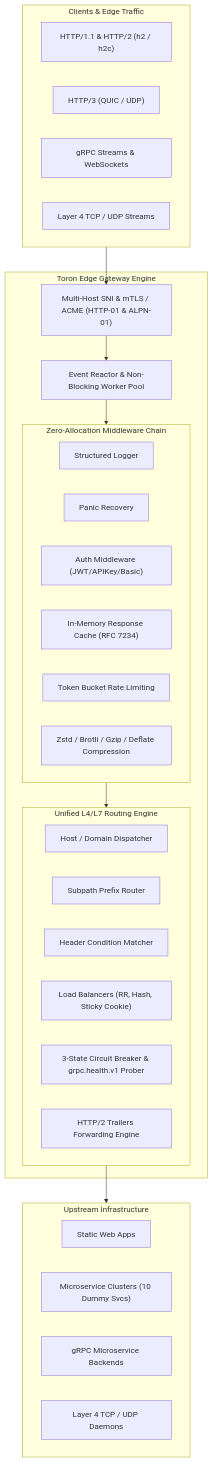
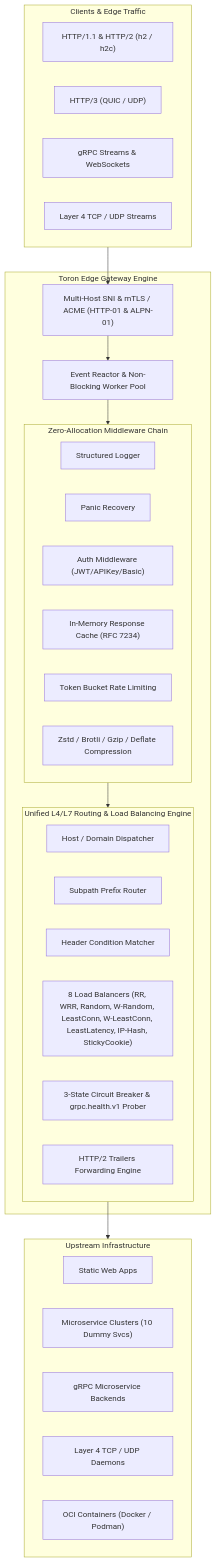
One commit to SayantanSaha/toron changed the diagram in PRODUCT_REVIEW.md. Above: the diagram before and after it, drawn with Mermaid. The commit also changed other lines of this file, not shown here.

````diff
--- a/PRODUCT_REVIEW.md
+++ b/PRODUCT_REVIEW.md
@@ -13,41 +13,42 @@
 ```mermaid
 flowchart TD
     subgraph Clients["Clients & Edge Traffic"]
         C1["HTTP/1.1 & HTTP/2 (h2 / h2c)"]
         C2["HTTP/3 (QUIC / UDP)"]
         C3["gRPC Streams & WebSockets"]
         C4["Layer 4 TCP / UDP Streams"]
     end
 
     subgraph Toron["Toron Edge Gateway Engine"]
         Reactor["Event Reactor & Non-Blocking Worker Pool"]
         TLS["Multi-Host SNI & mTLS / ACME (HTTP-01 & ALPN-01)"]
         
         subgraph Pipeline["Zero-Allocation Middleware Chain"]
             Logger["Structured Logger"]
             Recovery["Panic Recovery"]
             Auth["Auth Middleware (JWT/APIKey/Basic)"]
             Cache["In-Memory Response Cache (RFC 7234)"]
             RateLimit["Token Bucket Rate Limiting"]
             Compression["Zstd / Brotli / Gzip / Deflate Compression"]
         end
         
-        subgraph Routing["Unified L4/L7 Routing Engine"]
+        subgraph Routing["Unified L4/L7 Routing & Load Balancing Engine"]
             VHost["Host / Domain Dispatcher"]
             Prefix["Subpath Prefix Router"]
             Headers["Header Condition Matcher"]
-            LB["Load Balancers (RR, Hash, Sticky Cookie)"]
+            LB["8 Load Balancers (RR, WRR, Random, W-Random, LeastConn, W-LeastConn, LeastLatency, IP-Hash, StickyCookie)"]
             CB["3-State Circuit Breaker & grpc.health.v1 Prober"]
             Trailers["HTTP/2 Trailers Forwarding Engine"]
         end
     end
 
     subgraph Backends["Upstream Infrastructure"]
         S1["Static Web Apps"]
         S2["Microservice Clusters (10 Dummy Svcs)"]
         S3["gRPC Microservice Backends"]
         S4["Layer 4 TCP / UDP Daemons"]
+        S5["OCI Containers (Docker / Podman)"]
     end
 
     Clients --> TLS --> Reactor --> Pipeline --> Routing --> Backends
 ```
````
